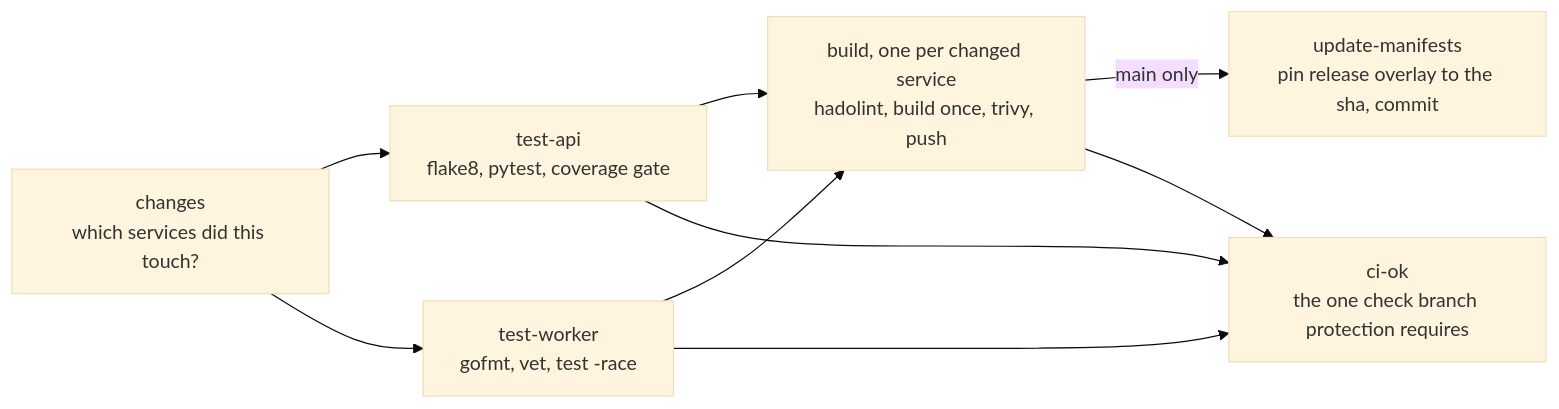
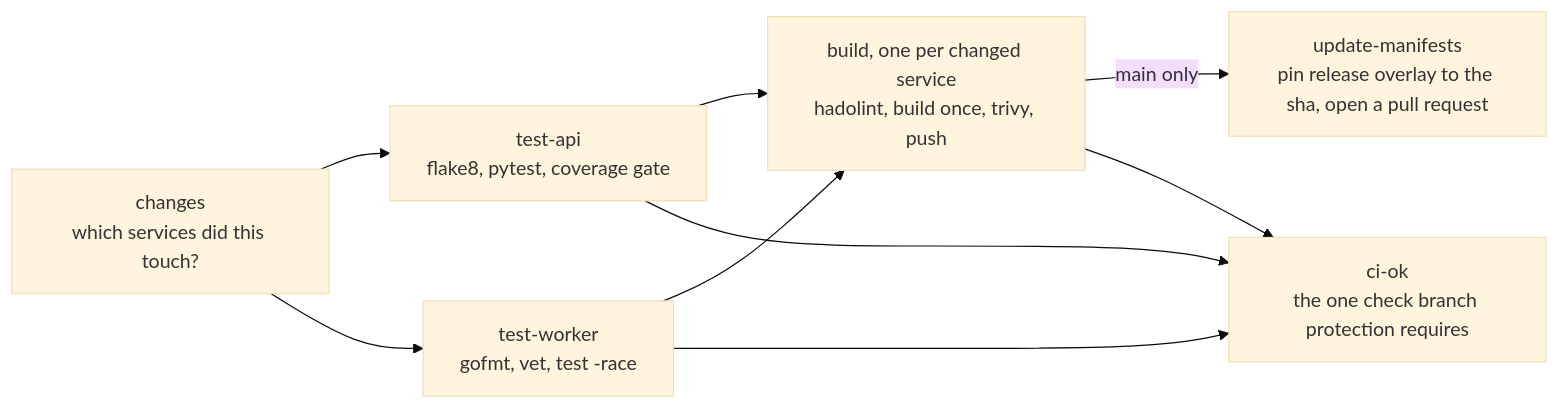
The second of 2 diagrams in README.md (khadirullah/uptime-checker), drawn with Mermaid (base theme) before and after one commit. The commit also changed other lines of this file and 2 other files, not shown here.

First line of the commit message:
ci: open a pull request for the deploy instead of pushing to main

````diff
--- a/README.md
+++ b/README.md
@@ -285,16 +286,16 @@
 ```mermaid
 graph LR
     changes["changes<br/>which services did this touch?"]
     ta["test-api<br/>flake8, pytest, coverage gate"]
     tw["test-worker<br/>gofmt, vet, test -race"]
     b["build, one per changed service<br/>hadolint, build once, trivy, push"]
-    um["update-manifests<br/>pin release overlay to the sha, commit"]
+    um["update-manifests<br/>pin release overlay to the sha, open a pull request"]
     ok["ci-ok<br/>the one check branch protection requires"]
 
     changes --> ta --> b
     changes --> tw --> b
     b -->|"main only"| um
     ta --> ok
     tw --> ok
     b --> ok
 ```
````
